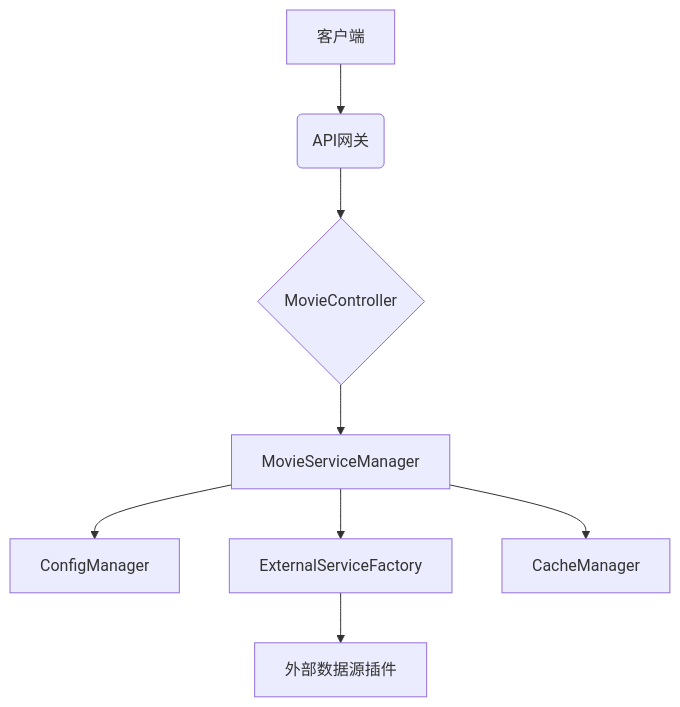
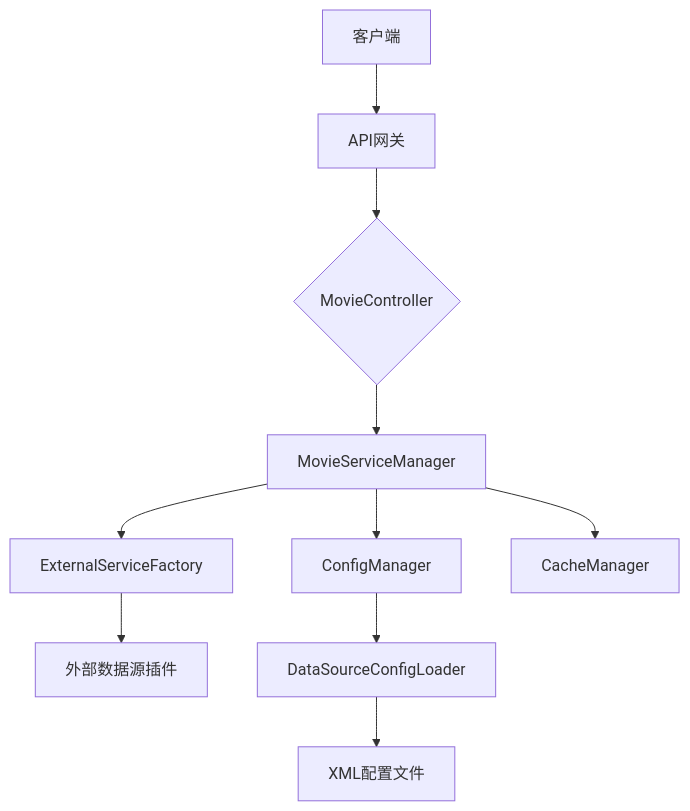
Before and after one commit to shuangmian-bai/get_movie_data: the diagram in data_api/README.md, drawn with Mermaid. The commit also changed other lines of this file and 3 other files, not shown here.

Commit message:
feat(build): 实现数据源类独立打包功能- 新增ImprovedDataSourcePackager类用于扫描和打包@DataSource注解类 - 支持为每个数据源创建独立的JAR文件 - 自动包含依赖类和内部类到JAR中 - 添加日志记录和错误处理机制 - 更新配置文件路径和数据源类引用 - 修改README文档中的数据源说明和API文档链接

````diff
--- a/data_api/README.md
+++ b/data_api/README.md
@@ -32,10 +32,12 @@
 ```mermaid
 graph TD
-    A[客户端] --> B(API网关)
+    A[客户端] --> B[API网关]
     B --> C{MovieController}
     C --> D[MovieServiceManager]
     D --> E[ConfigManager]
     D --> F[ExternalServiceFactory]
     D --> G[CacheManager]
     F --> H[外部数据源插件]
+    E --> I[DataSourceConfigLoader]
+    I --> J[XML配置文件]
 ```
````
